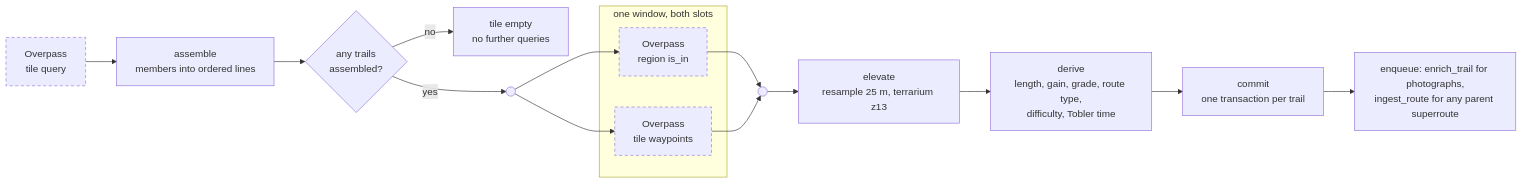
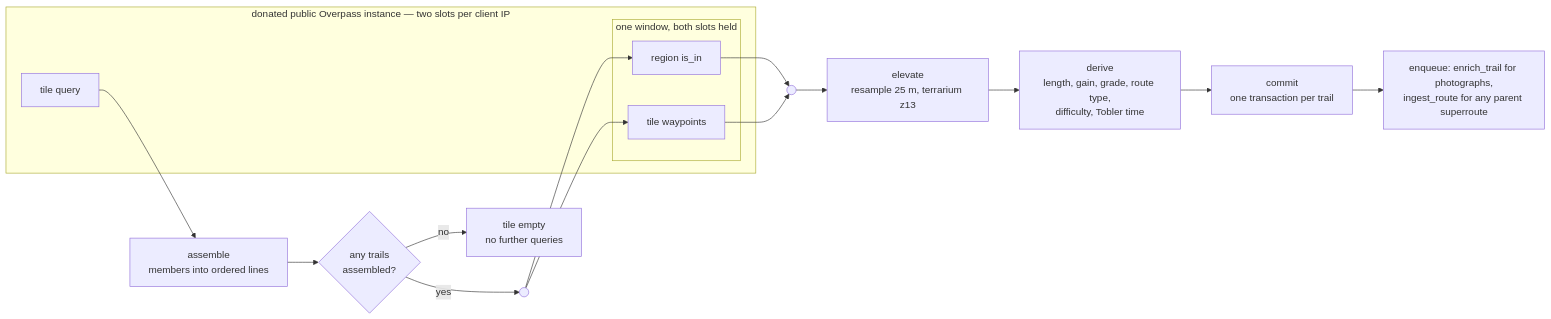
Before and after one commit to mbahgatTech/switchback: the third of 13 diagrams in docs/architecture.md, drawn with Mermaid. The commit also changed other lines of this file and 2 other files, not shown here.

Commit message:
Name a commit, not any object forty characters long
`resolveRef` guaranteed a SHA where the blob URL needs a commit.
`HEAD^{tree}` and `HEAD:docs` are both valid forty-character objects that
404 as a blob, and a 404 renders nothing — the failure this script exists
to tell apart from a diagram that would not parse. `^{commit}` refuses
them, and dereferences the tag object an annotated tag names.

The doc block describing `gitCommitTree` had been left standing above
`resolveRef`, which is a misdirection this file in particular cannot
afford.

The tile-context diagram draws the donated instance as the boundary it
is, so the picture carries the claim rather than the prose beneath it.

````diff
--- a/docs/architecture.md
+++ b/docs/architecture.md
@@ -88,21 +88,22 @@
 ```mermaid
 flowchart LR
-  A["Overpass<br/>tile query"] --> B["assemble<br/>members into ordered lines"]
+  subgraph OSM["donated public Overpass instance — two slots per client IP"]
+    A["tile query"]
+    subgraph W["one window, both slots held"]
+      T1["region is_in"]
+      T2["tile waypoints"]
+    end
+  end
+  A --> B["assemble<br/>members into ordered lines"]
   B --> X{"any trails<br/>assembled?"}
   X -- no --> Z["tile empty<br/>no further queries"]
   X -- yes --> F(( ))
-  subgraph W["one window, both slots"]
-    T1["Overpass<br/>region is_in"]
-    T2["Overpass<br/>tile waypoints"]
-  end
   F --> T1
   F --> T2
   T1 --> J(( ))
   T2 --> J(( ))
   J --> C["elevate<br/>resample 25 m, terrarium z13"]
   C --> D["derive<br/>length, gain, grade, route type,<br/>difficulty, Tobler time"]
   D --> E["commit<br/>one transaction per trail"]
   E --> G["enqueue: enrich_trail for photographs,<br/>ingest_route for any parent superroute"]
-  classDef donated stroke-dasharray: 5 4
-  class A,T1,T2 donated
 ```
````
